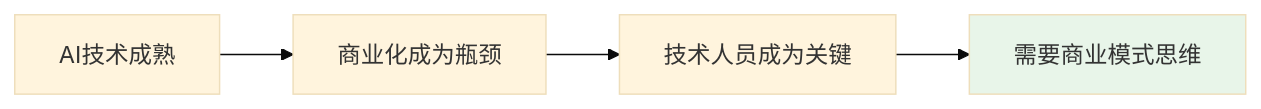
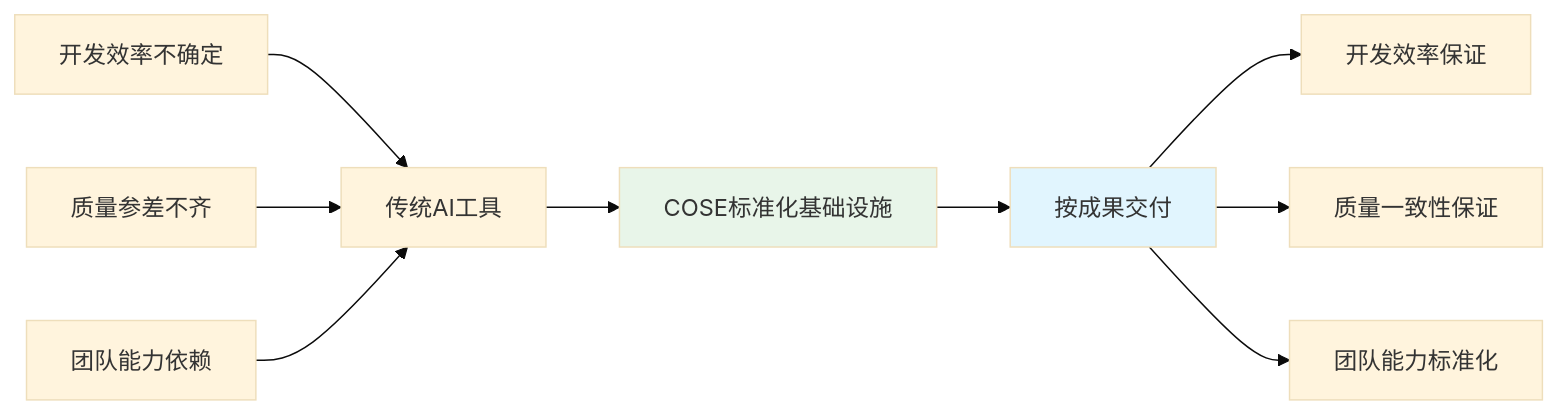
One commit to Deepractice/COSE changed the first of 3 diagrams in README.md. Above: the diagram before and after it, drawn with Mermaid (base theme). The commit also changed other lines of this file and 6 other files, not shown here.

````diff
--- a/README.md
+++ b/README.md
@@ -15,8 +15,16 @@
 ```mermaid
 graph LR
-    A[AI技术成熟] --> B[商业化成为瓶颈]
-    B --> C[技术人员成为关键]
-    C --> D[需要商业模式思维]
+    A[传统AI工具] --> B[COSE标准化基础设施]
+    B --> C[按成果交付]
     
-    style D fill:#e8f5e9
+    A1[开发效率不确定] --> A
+    A2[质量参差不齐] --> A
+    A3[团队能力依赖] --> A
+    
+    C --> C1[开发效率保证]
+    C --> C2[质量一致性保证]
+    C --> C3[团队能力标准化]
+    
+    style B fill:#e8f5e9
+    style C fill:#e1f5fe
 ```
````
